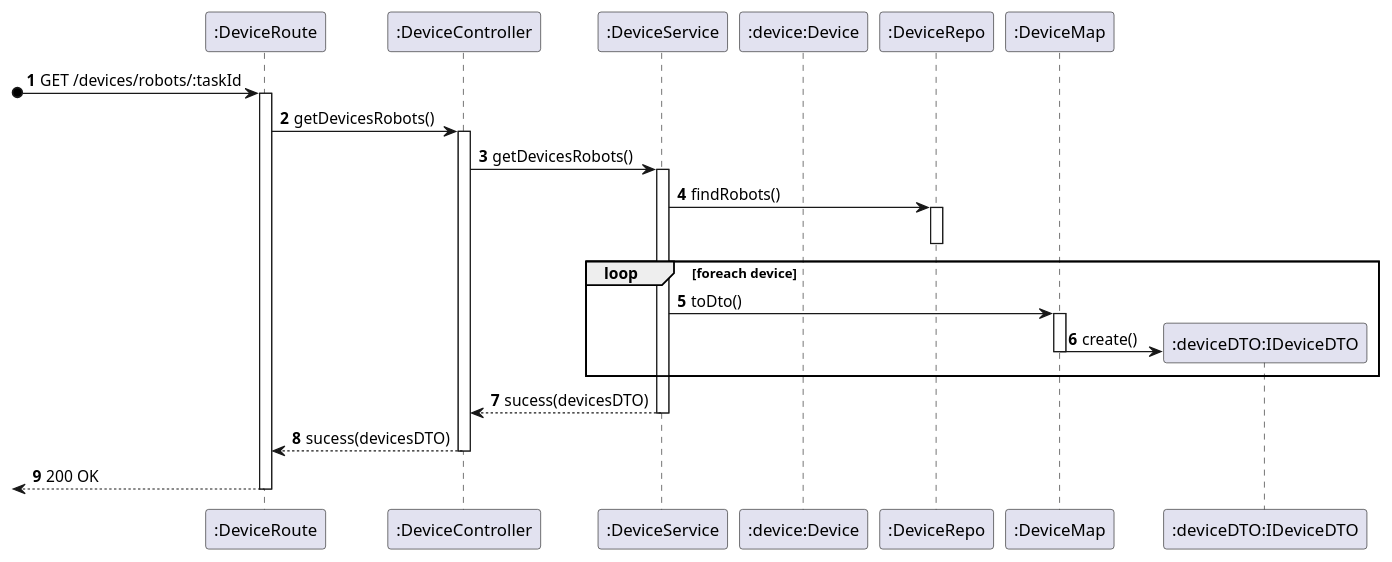
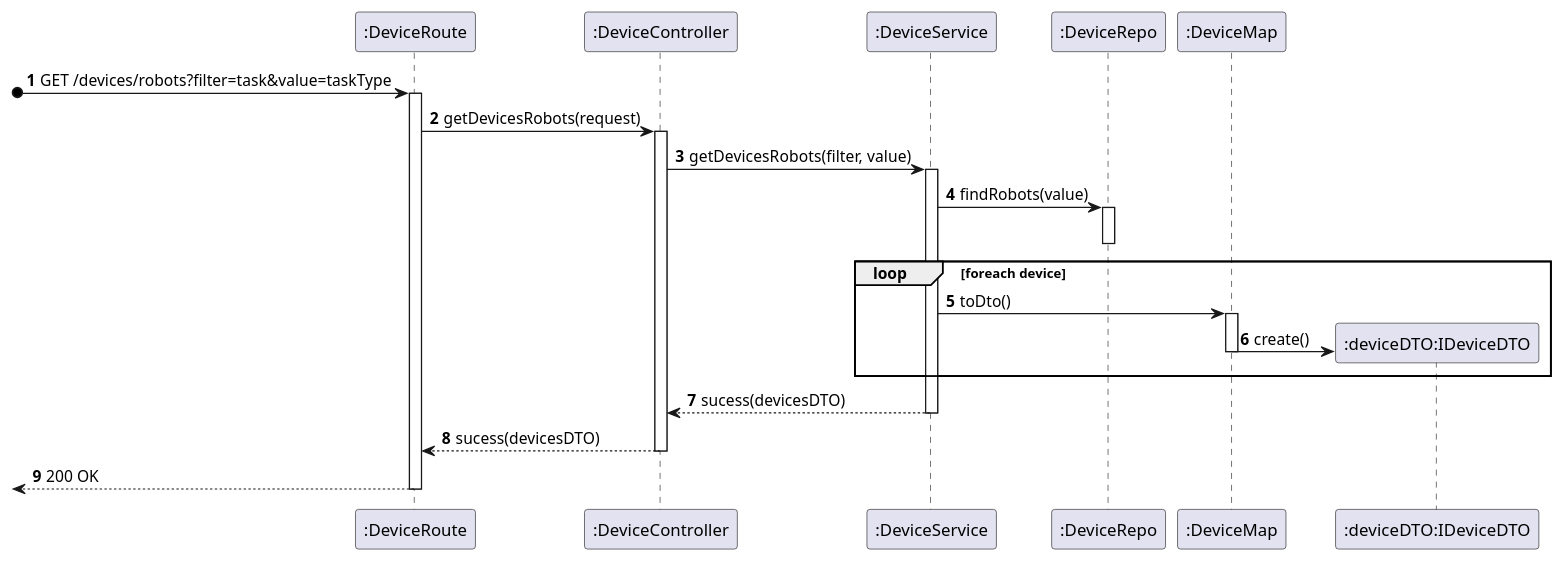
One commit to miseEnPlace-dev/lapr5 changed the diagram in _wiki/sprint-a/us22-390/views/level-3/_process-view.puml. Above: the diagram before and after it, drawn with PlantUML. The commit also changed 1 other file, not shown here.

```diff
--- a/_wiki/sprint-a/us22-390/views/level-3/_process-view.puml
+++ b/_wiki/sprint-a/us22-390/views/level-3/_process-view.puml
@@ -1,34 +1,33 @@
 @startuml _process-view
 autonumber
 participant ROUTE as ":DeviceRoute"
 participant CTRL as ":DeviceController"
 participant SRV as ":DeviceService"
-participant BUILD as ":device:Device"
 participant REPO as ":DeviceRepo"
 participant MAP as ":DeviceMap"
 participant DTO as ":deviceDTO:IDeviceDTO"
 
-?o-> ROUTE : GET /devices/robots/:taskId
+?o-> ROUTE : GET /devices/robots?filter=task&value=taskType
 activate ROUTE
 
-ROUTE -> CTRL : getDevicesRobots()
+ROUTE -> CTRL : getDevicesRobots(request)
 activate CTRL
-CTRL -> SRV : getDevicesRobots()
+CTRL -> SRV : getDevicesRobots(filter, value)
 activate SRV
-SRV-> REPO : findRobots()
+SRV-> REPO : findRobots(value)
 activate REPO
 deactivate REPO
   loop foreach device
     SRV -> MAP : toDto()
     activate MAP
     MAP -> DTO** : create()
     deactivate MAP
   end
 SRV --> CTRL : sucess(devicesDTO)
 deactivate SRV
 CTRL --> ROUTE : sucess(devicesDTO)
 deactivate CTRL
 <-- ROUTE : 200 OK
 deactivate ROUTE
 
 @enduml
```
